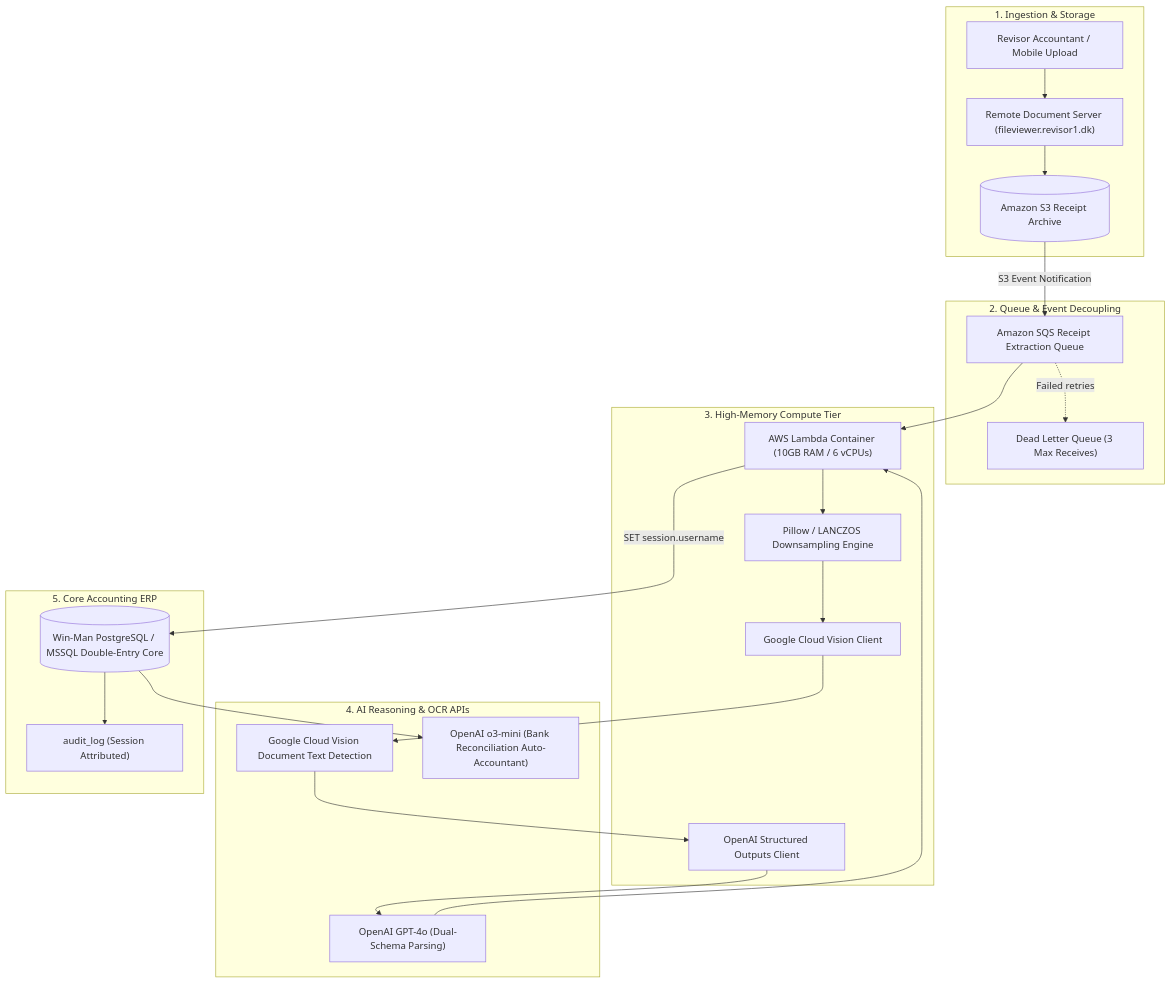
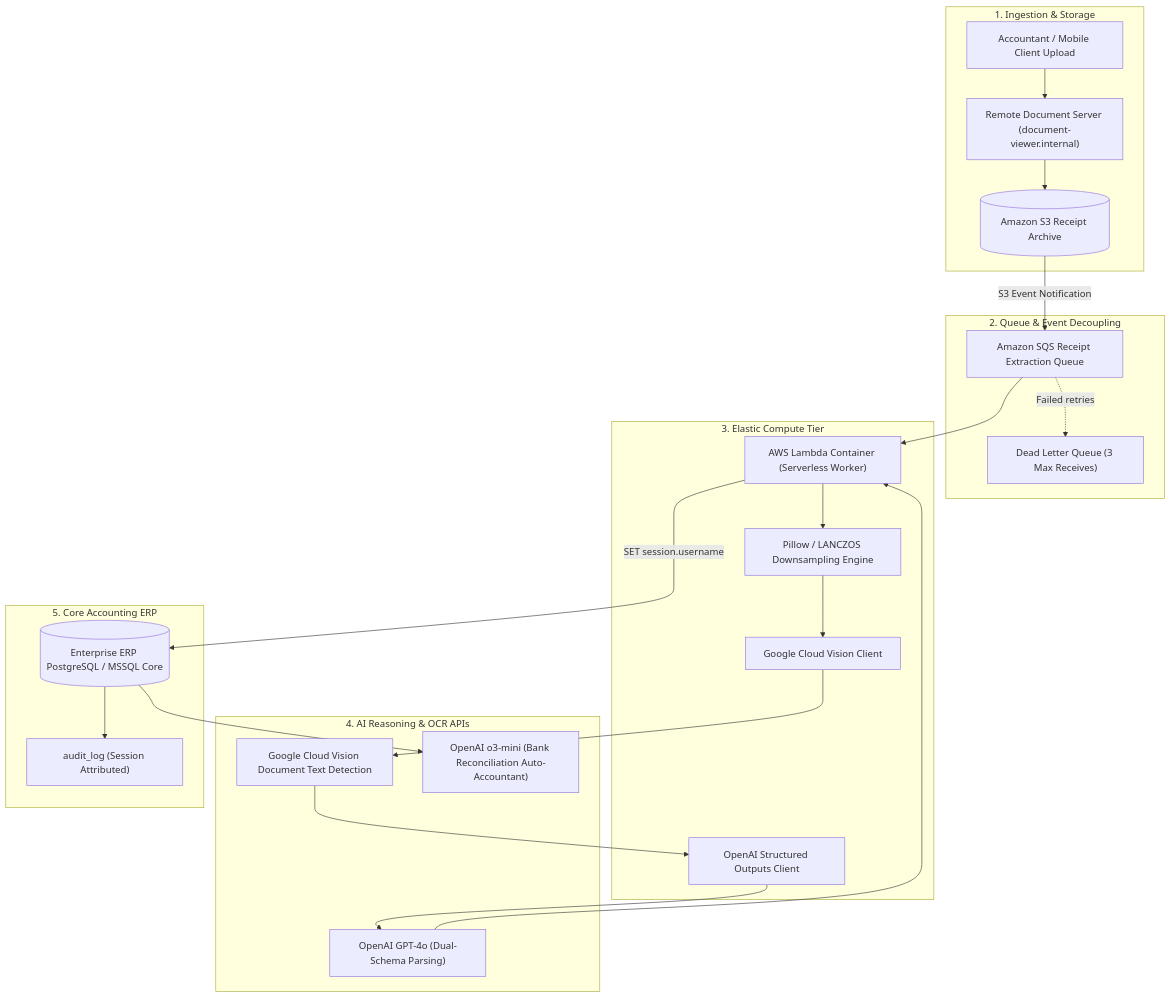
Before and after one commit to Nawaz393/receipt-ai-automation-architecture: the diagram in docs/architecture.md, drawn with Mermaid. The commit also changed other lines of this file and 14 other files, not shown here.

Commit message:
refactor: generalize client/vendor names and remove specific lambda hardware specs

````diff
--- a/docs/architecture.md
+++ b/docs/architecture.md
@@ -13,46 +13,46 @@
 ```mermaid
 flowchart TB
     subgraph ClientAndSource ["1. Ingestion & Storage"]
-        User["Revisor Accountant / Mobile Upload"]
-        FileViewer["Remote Document Server (fileviewer.revisor1.dk)"]
+        User["Accountant / Mobile Client Upload"]
+        FileViewer["Remote Document Server (document-viewer.internal)"]
         S3Bucket[("Amazon S3 Receipt Archive")]
     end
 
     subgraph QueueLayer ["2. Queue & Event Decoupling"]
         SQS["Amazon SQS Receipt Extraction Queue"]
         DLQ["Dead Letter Queue (3 Max Receives)"]
     end
 
-    subgraph WorkerLayer ["3. High-Memory Compute Tier"]
-        LambdaWorker["AWS Lambda Container (10GB RAM / 6 vCPUs)"]
+    subgraph WorkerLayer ["3. Elastic Compute Tier"]
+        LambdaWorker["AWS Lambda Container (Serverless Worker)"]
         PillowEngine["Pillow / LANCZOS Downsampling Engine"]
         GCPSDK["Google Cloud Vision Client"]
         OpenAISDK["OpenAI Structured Outputs Client"]
     end
 
     subgraph ExternalEngines ["4. AI Reasoning & OCR APIs"]
         GCVision["Google Cloud Vision Document Text Detection"]
         GPT4o["OpenAI GPT-4o (Dual-Schema Parsing)"]
         O3Mini["OpenAI o3-mini (Bank Reconciliation Auto-Accountant)"]
     end
 
     subgraph DatabaseTier ["5. Core Accounting ERP"]
-        WinManDB[("Win-Man PostgreSQL / MSSQL Double-Entry Core")]
+        ErpDB[("Enterprise ERP PostgreSQL / MSSQL Core")]
         AuditTrail["audit_log (Session Attributed)"]
     end
 
     User --> FileViewer
     FileViewer --> S3Bucket
     S3Bucket -->|S3 Event Notification| SQS
     SQS --> LambdaWorker
     SQS -.->|Failed retries| DLQ
     LambdaWorker --> PillowEngine
     PillowEngine --> GCPSDK
     GCPSDK --> GCVision
     GCVision --> OpenAISDK
     OpenAISDK --> GPT4o
     GPT4o --> LambdaWorker
-    LambdaWorker -->|SET session.username| WinManDB
-    WinManDB --> AuditTrail
-    WinManDB --> O3Mini
+    LambdaWorker -->|SET session.username| ErpDB
+    ErpDB --> AuditTrail
+    ErpDB --> O3Mini
 ```
````
